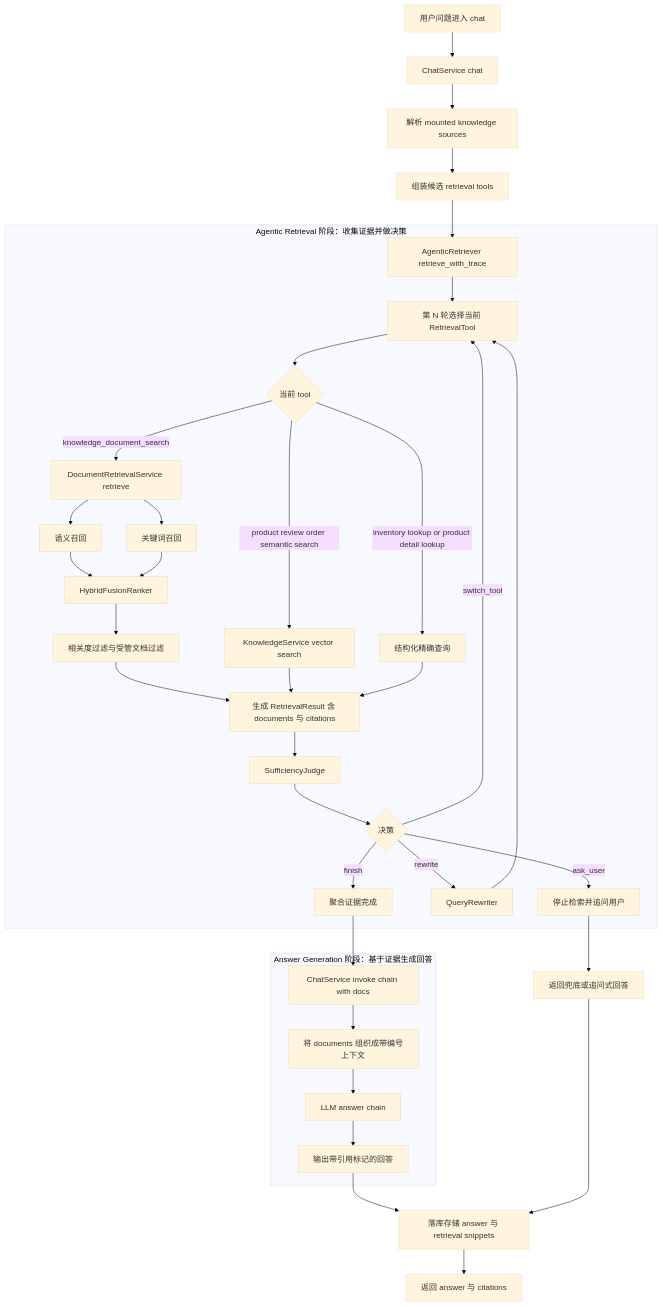
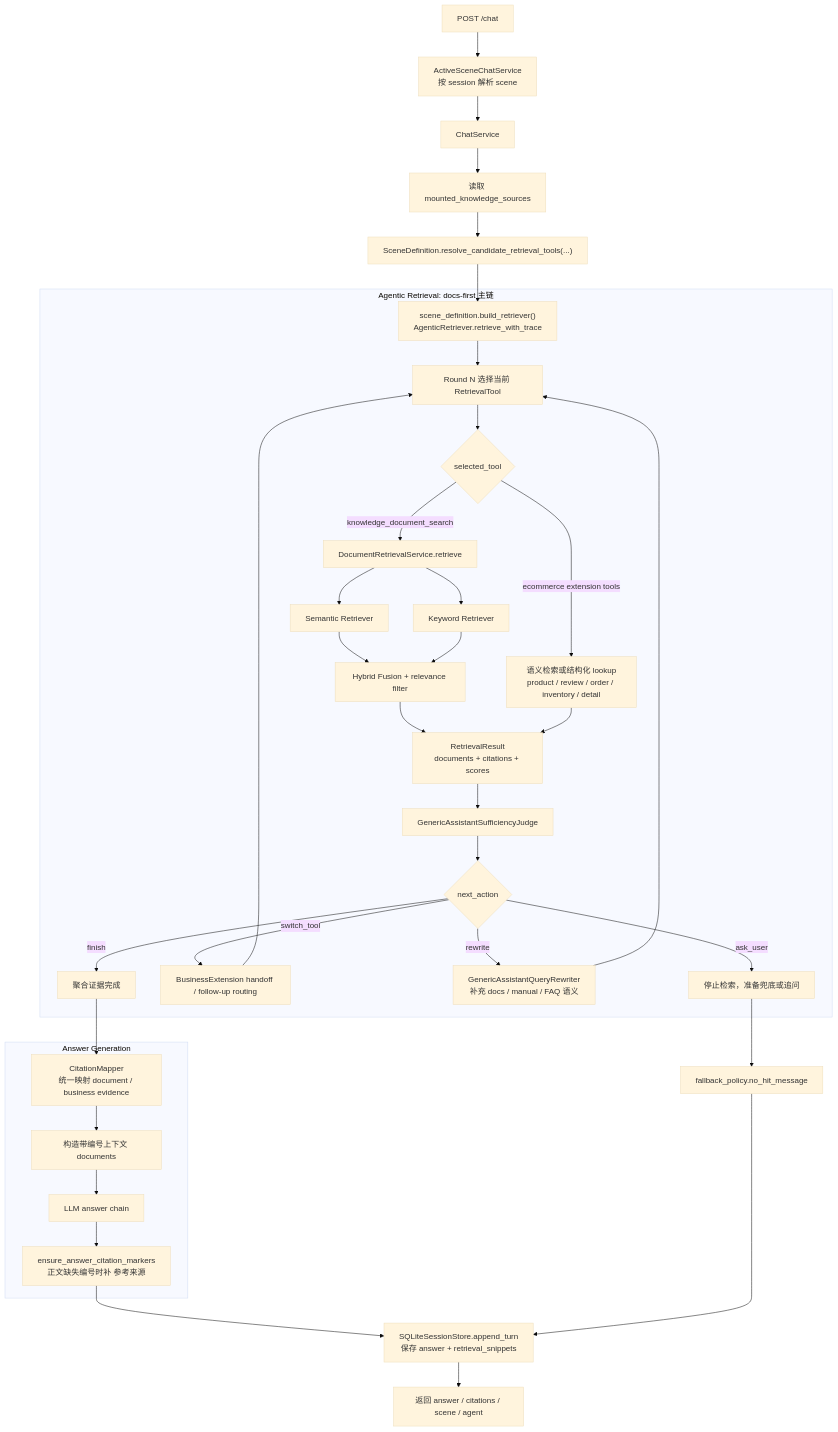
The diagram in docs/agentic-rag-retrieval-flow.mmd (John-zzy/Agentic-RAG-Project), drawn with Mermaid (base theme) before and after one commit. The commit also changed 12 other files, not shown here.

```diff
--- a/docs/agentic-rag-retrieval-flow.mmd
+++ b/docs/agentic-rag-retrieval-flow.mmd
@@ -1,44 +1,43 @@
 flowchart TB
-    A[用户问题进入 chat] --> B[ChatService chat]
-    B --> C[解析 mounted knowledge sources]
-    C --> D[组装候选 retrieval tools]
-    D --> E[AgenticRetriever retrieve_with_trace]
+    A["POST /chat"] --> B["ActiveSceneChatService<br/>按 session 解析 scene"]
+    B --> C["ChatService"]
+    C --> D["读取 mounted_knowledge_sources"]
+    D --> E["SceneDefinition.resolve_candidate_retrieval_tools(...)"]
+    E --> F["scene_definition.build_retriever()<br/>AgenticRetriever.retrieve_with_trace"]
 
-    subgraph RAG1[Agentic Retrieval 阶段：收集证据并做决策]
-        E --> F[第 N 轮选择当前 RetrievalTool]
-        F --> G{当前 tool}
-        G -->|knowledge_document_search| H[DocumentRetrievalService retrieve]
-        H --> H1[语义召回]
-        H --> H2[关键词召回]
-        H1 --> H3[HybridFusionRanker]
-        H2 --> H3
-        H3 --> H4[相关度过滤与受管文档过滤]
-        H4 --> I[生成 RetrievalResult 含 documents 与 citations]
+    subgraph RETRIEVE["Agentic Retrieval: docs-first 主链"]
+        F --> G["Round N 选择当前 RetrievalTool"]
+        G --> H{"selected_tool"}
 
-        G -->|product review order semantic search| J[KnowledgeService vector search]
-        J --> I
+        H -->|knowledge_document_search| I["DocumentRetrievalService.retrieve"]
+        I --> I1["Semantic Retriever"]
+        I --> I2["Keyword Retriever"]
+        I1 --> I3["Hybrid Fusion + relevance filter"]
+        I2 --> I3
+        I3 --> J["RetrievalResult<br/>documents + citations + scores"]
 
-        G -->|inventory lookup or product detail lookup| K[结构化精确查询]
-        K --> I
+        H -->|ecommerce extension tools| K["语义检索或结构化 lookup<br/>product / review / order / inventory / detail"]
+        K --> J
 
-        I --> L[SufficiencyJudge]
-        L --> M{决策}
-        M -->|finish| N[聚合证据完成]
-        M -->|switch_tool| F
-        M -->|rewrite| O[QueryRewriter]
-        O --> F
-        M -->|ask_user| P[停止检索并追问用户]
+        J --> L["GenericAssistantSufficiencyJudge"]
+        L --> M{"next_action"}
+        M -->|finish| N["聚合证据完成"]
+        M -->|switch_tool| O["BusinessExtension handoff / follow-up routing"]
+        O --> G
+        M -->|rewrite| P["GenericAssistantQueryRewriter<br/>补充 docs / manual / FAQ 语义"]
+        P --> G
+        M -->|ask_user| Q["停止检索，准备兜底或追问"]
     end
 
-    N --> Q[ChatService invoke chain with docs]
-    P --> Q2[返回兜底或追问式回答]
+    N --> R["CitationMapper<br/>统一映射 document / business evidence"]
+    Q --> R2["fallback_policy.no_hit_message"]
 
-    subgraph RAG2[Answer Generation 阶段：基于证据生成回答]
-        Q --> R[将 documents 组织成带编号上下文]
-        R --> S[LLM answer chain]
-        S --> T[输出带引用标记的回答]
+    subgraph ANSWER["Answer Generation"]
+        R --> S["构造带编号上下文 documents"]
+        S --> T["LLM answer chain"]
+        T --> U["ensure_answer_citation_markers<br/>正文缺失编号时补 参考来源"]
     end
 
-    T --> U[落库存储 answer 与 retrieval snippets]
-    Q2 --> U
-    U --> V[返回 answer 与 citations]
+    U --> V["SQLiteSessionStore.append_turn<br/>保存 answer + retrieval_snippets"]
+    R2 --> V
+    V --> W["返回 answer / citations / scene / agent"]
```
